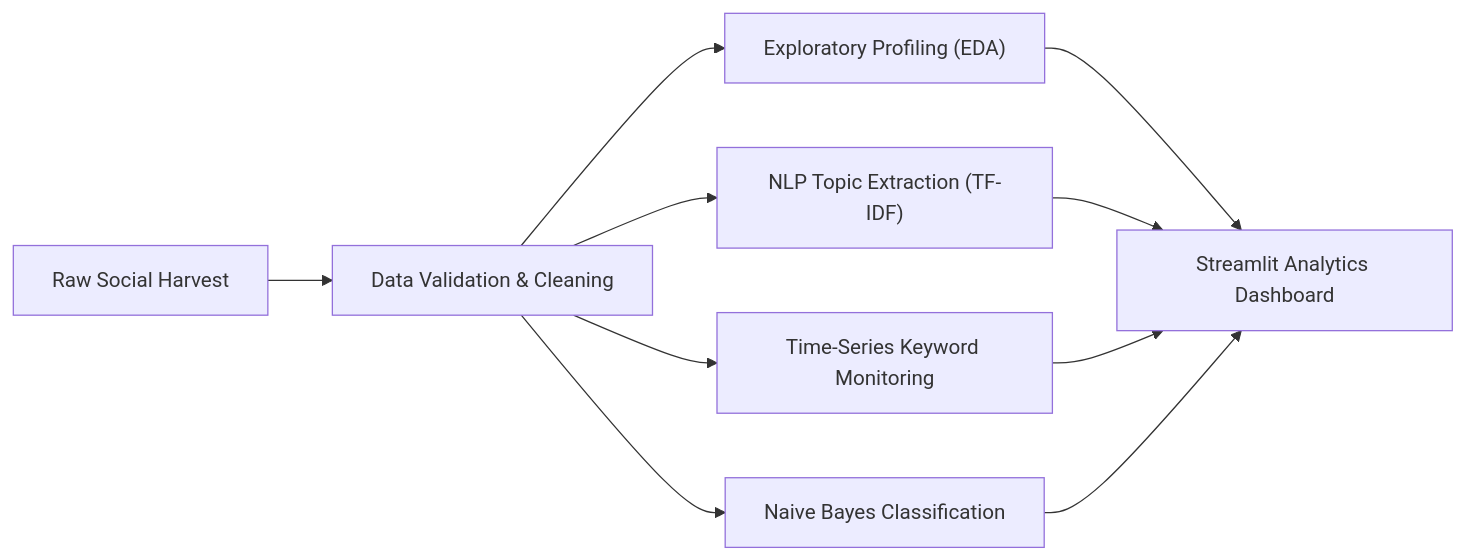
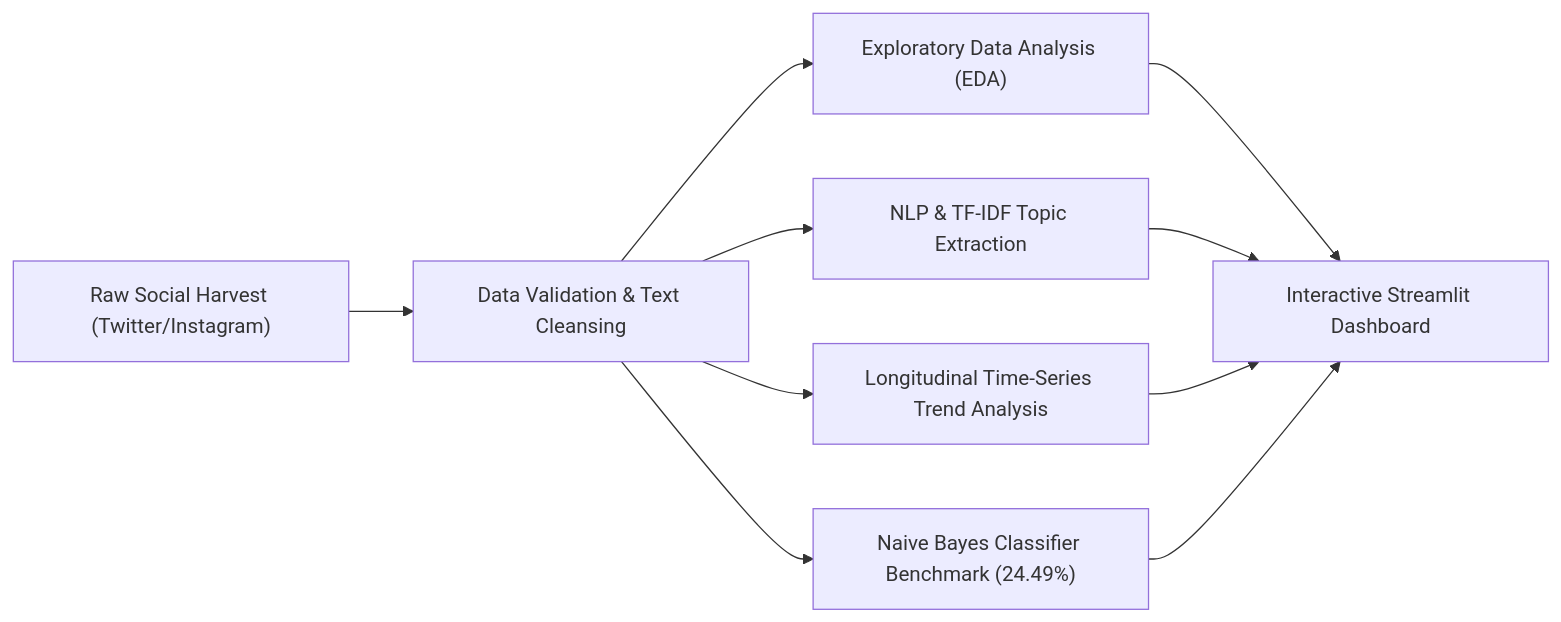
One commit to Nightwing-007/IntelliData_Data_Science_Hackathon changed the first of 2 diagrams in Day_1/Question_42/README.md. Above: the diagram before and after it, drawn with Mermaid. The commit also changed other lines of this file and 4 other files, not shown here.

````diff
--- a/Day_1/Question_42/README.md
+++ b/Day_1/Question_42/README.md
@@ -50,9 +25,9 @@
 ```mermaid
 flowchart LR
-    A["Raw Social Harvest"] --> B["Data Validation & Cleaning"]
-    B --> C["Exploratory Profiling (EDA)"]
-    B --> D["NLP Topic Extraction (TF-IDF)"]
-    B --> E["Time-Series Keyword Monitoring"]
-    B --> F["Naive Bayes Classification"]
-    C & D & E & F --> G["Streamlit Analytics Dashboard"]
+    A["Raw Social Harvest (Twitter/Instagram)"] --> B["Data Validation & Text Cleansing"]
+    B --> C["Exploratory Data Analysis (EDA)"]
+    B --> D["NLP & TF-IDF Topic Extraction"]
+    B --> E["Longitudinal Time-Series Trend Analysis"]
+    B --> F["Naive Bayes Classifier Benchmark (24.49%)"]
+    C & D & E & F --> G["Interactive Streamlit Dashboard"]
 ```
````
